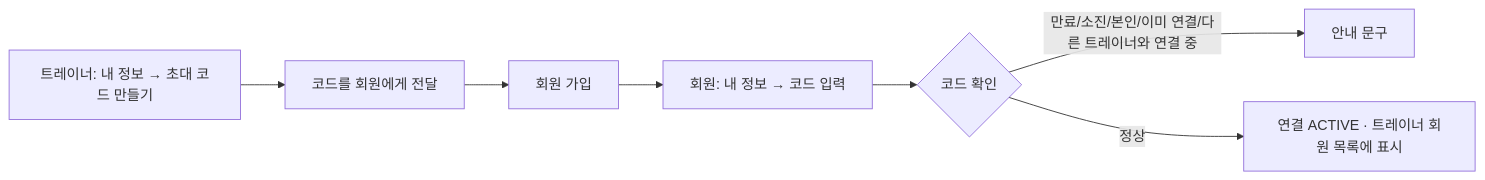
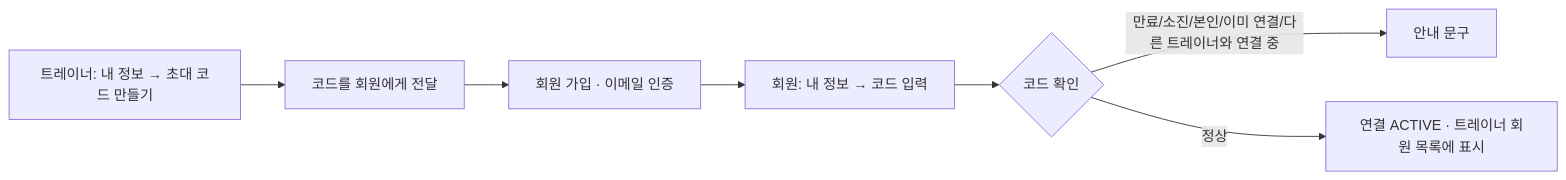
Before and after one commit to sudong1004/fitnote: the third of 7 diagrams in docs/spec/03-screens-and-flows.md, drawn with Mermaid. The commit also changed other lines of this file and 41 other files, not shown here.

````diff
--- a/docs/spec/03-screens-and-flows.md
+++ b/docs/spec/03-screens-and-flows.md
@@ -139,9 +144,9 @@
 ```mermaid
 flowchart LR
   A[트레이너: 내 정보 → 초대 코드 만들기] --> B[코드를 회원에게 전달]
-  B --> C[회원 가입]
+  B --> C[회원 가입 · 이메일 인증]
   C --> D[회원: 내 정보 → 코드 입력]
   D --> E{코드 확인}
   E -- 만료/소진/본인/이미 연결/다른 트레이너와 연결 중 --> F[안내 문구]
   E -- 정상 --> G[연결 ACTIVE · 트레이너 회원 목록에 표시]
 ```
````
